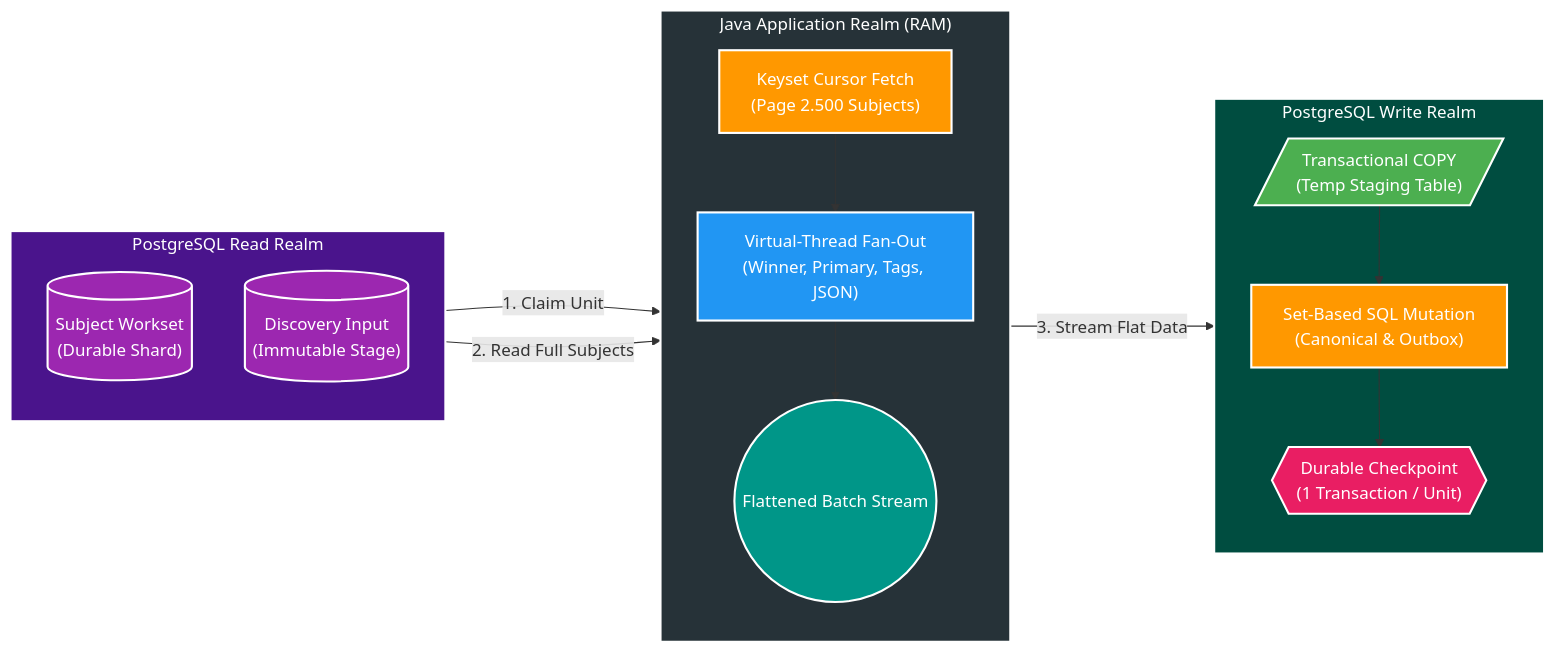
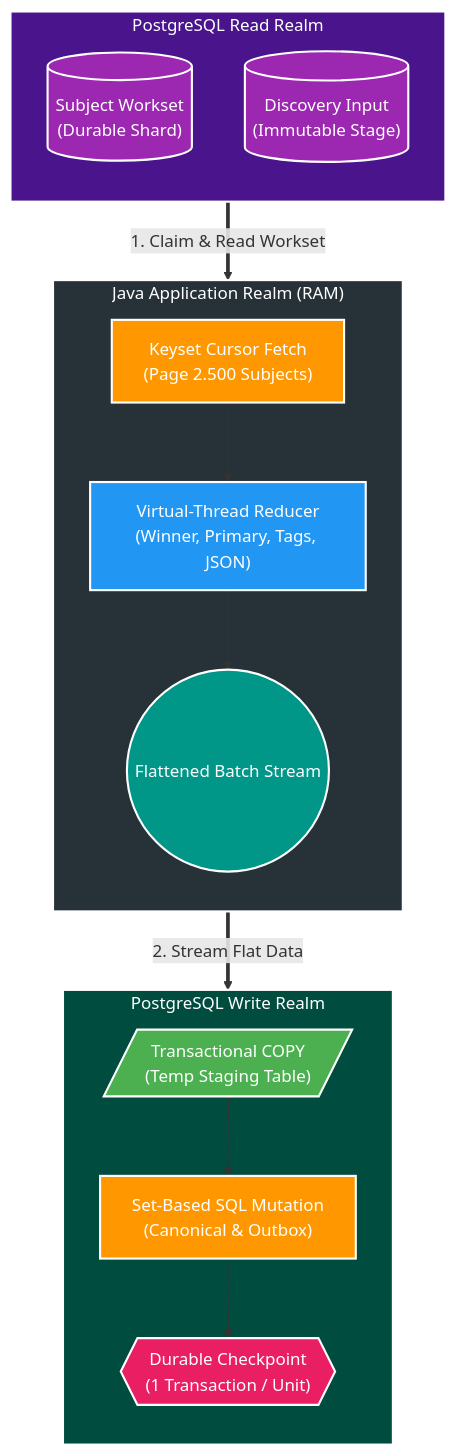
One commit to HungPhan200591/file-mngt-be-v2 changed the sixth of 6 diagrams in manual/learning/deep-dive/catalog-service/01-catalog-coalescing-and-reconciliation-deep-dive.md. Above: the diagram before and after it, drawn with Mermaid. The commit also changed other lines of this file and 2 other files, not shown here.

Commit message:
feat: update documentation for catalog coalescing and reconciliation, enhance flowcharts, and add Kafka producer configuration

````diff
--- a/manual/learning/deep-dive/catalog-service/01-catalog-coalescing-and-reconciliation-deep-dive.md
+++ b/manual/learning/deep-dive/catalog-service/01-catalog-coalescing-and-reconciliation-deep-dive.md
@@ -351,36 +346,35 @@
 ```mermaid
-flowchart LR
+flowchart TD
     subgraph DBR["PostgreSQL Read Realm"]
         direction TB
         WORK[("Subject Workset\n(Durable Shard)")]
         INPUT[("Discovery Input\n(Immutable Stage)")]
     end
     subgraph JVM["Java Application Realm (RAM)"]
         direction TB
         FETCH["Keyset Cursor Fetch\n(Page 2.500 Subjects)"]
-        REDUCE["Virtual-Thread Fan-Out\n(Winner, Primary, Tags, JSON)"]
+        REDUCE["Virtual-Thread Reducer\n(Winner, Primary, Tags, JSON)"]
         STREAM(("Flattened Batch Stream"))
         FETCH --> REDUCE --> STREAM
     end
     subgraph DBW["PostgreSQL Write Realm"]
         direction TB
         COPY[/"Transactional COPY\n(Temp Staging Table)"/]
         APPLY["Set-Based SQL Mutation\n(Canonical & Outbox)"]
         CHECK{{"Durable Checkpoint\n(1 Transaction / Unit)"}}
         COPY --> APPLY --> CHECK
     end
-    WORK -->|"1. Claim Unit"| FETCH
-    INPUT -->|"2. Read Full Subjects"| FETCH
-    STREAM -->|"3. Stream Flat Data"| COPY
+    DBR ==>|"1. Claim & Read Workset"| JVM
+    JVM ==>|"2. Stream Flat Data"| DBW
     style DBR fill:#4A148C,stroke:#fff,stroke-width:2px,color:#fff
     style WORK fill:#9C27B0,stroke:#fff,stroke-width:2px,color:#fff
     style INPUT fill:#9C27B0,stroke:#fff,stroke-width:2px,color:#fff
     style JVM fill:#263238,stroke:#fff,stroke-width:2px,color:#fff
     style FETCH fill:#FF9800,stroke:#fff,stroke-width:2px,color:#fff
     style REDUCE fill:#2196F3,stroke:#fff,stroke-width:2px,color:#fff
     style STREAM fill:#009688,stroke:#fff,stroke-width:2px,color:#fff
     style DBW fill:#004D40,stroke:#fff,stroke-width:2px,color:#fff
     style COPY fill:#4CAF50,stroke:#fff,stroke-width:2px,color:#fff
     style APPLY fill:#FF9800,stroke:#fff,stroke-width:2px,color:#fff
     style CHECK fill:#E91E63,stroke:#fff,stroke-width:2px,color:#fff
 ```
````
